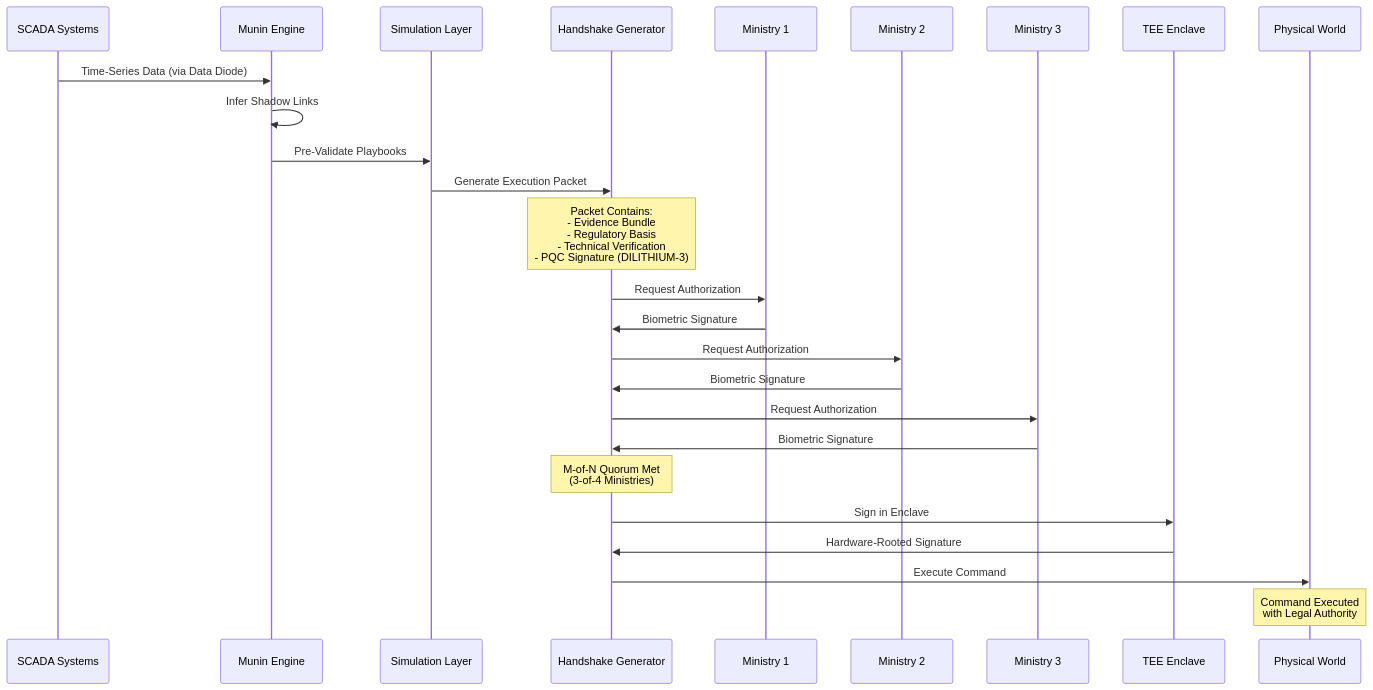
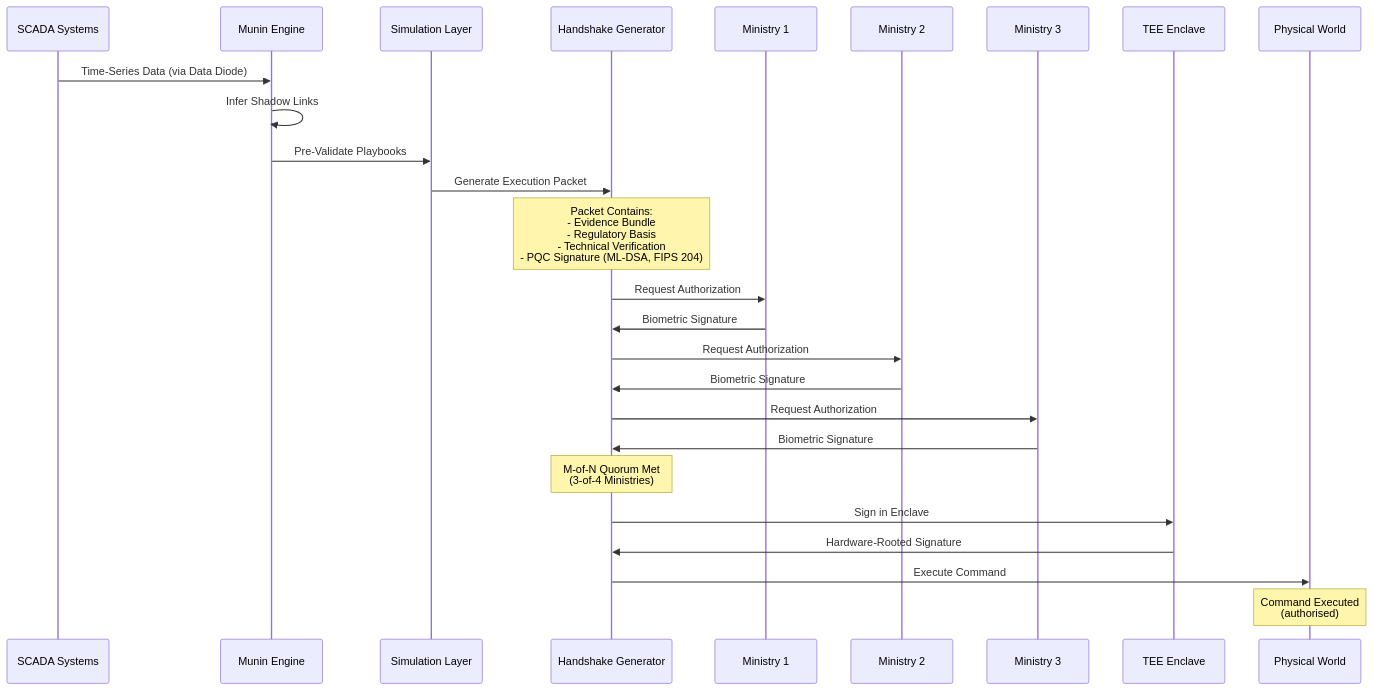
The second of 3 diagrams in README.md (jacobsprake/munin), drawn with Mermaid before and after one commit. The commit also changed other lines of this file and 6 other files, not shown here.

````diff
--- a/README.md
+++ b/README.md
@@ -153,34 +182,34 @@
 ```mermaid
 sequenceDiagram
     participant SCADA as SCADA Systems
     participant Munin as Munin Engine
     participant Sim as Simulation Layer
     participant Handshake as Handshake Generator
     participant Ministry1 as Ministry 1
     participant Ministry2 as Ministry 2
     participant Ministry3 as Ministry 3
     participant TEE as TEE Enclave
     participant Physical as Physical World
 
     SCADA->>Munin: Time-Series Data (via Data Diode)
     Munin->>Munin: Infer Shadow Links
     Munin->>Sim: Pre-Validate Playbooks
     Sim->>Handshake: Generate Execution Packet
     
-    Note over Handshake: Packet Contains:<br/>- Evidence Bundle<br/>- Regulatory Basis<br/>- Technical Verification<br/>- PQC Signature (DILITHIUM-3)
+    Note over Handshake: Packet Contains:<br/>- Evidence Bundle<br/>- Regulatory Basis<br/>- Technical Verification<br/>- PQC Signature (ML-DSA, FIPS 204)
     
     Handshake->>Ministry1: Request Authorization
     Ministry1->>Handshake: Biometric Signature
     Handshake->>Ministry2: Request Authorization
     Ministry2->>Handshake: Biometric Signature
     Handshake->>Ministry3: Request Authorization
     Ministry3->>Handshake: Biometric Signature
     
     Note over Handshake: M-of-N Quorum Met<br/>(3-of-4 Ministries)
     
     Handshake->>TEE: Sign in Enclave
     TEE->>Handshake: Hardware-Rooted Signature
     Handshake->>Physical: Execute Command
     
-    Note over Physical: Command Executed<br/>with Legal Authority
+    Note over Physical: Command Executed<br/>(authorised)
 ```
````
